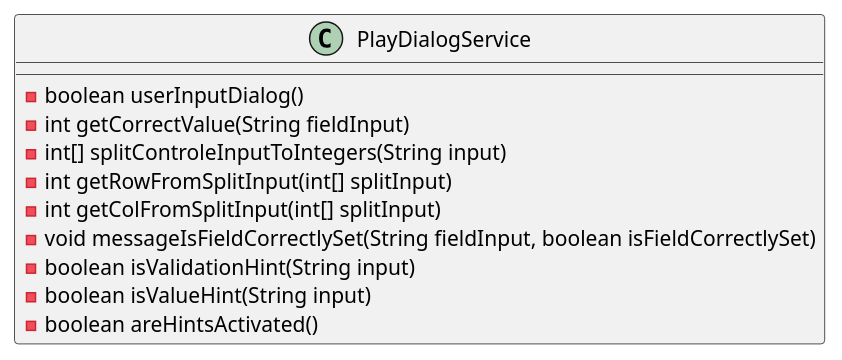
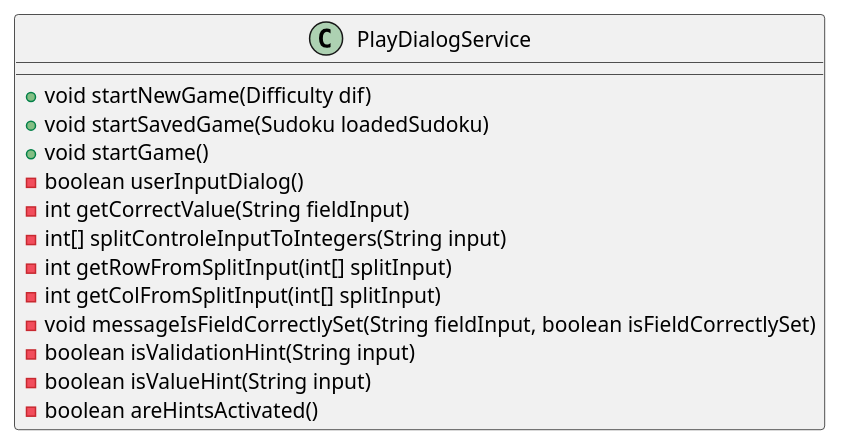
One commit to mohjohfox/cli-sudoku changed the diagram in uml/refacotring/long_method_nachher.puml. Above: the diagram before and after it, drawn with PlantUML. The commit also changed 15 other files, not shown here.

```diff
--- a/uml/refacotring/long_method_nachher.puml
+++ b/uml/refacotring/long_method_nachher.puml
@@ -1,13 +1,16 @@
 @startuml
 class PlayDialogService {
+   + void startNewGame(Difficulty dif) 
+   + void startSavedGame(Sudoku loadedSudoku)
+   + void startGame()
    - boolean userInputDialog()
    - int getCorrectValue(String fieldInput)
    - int[] splitControleInputToIntegers(String input)
    - int getRowFromSplitInput(int[] splitInput)
    - int getColFromSplitInput(int[] splitInput)
    - void messageIsFieldCorrectlySet(String fieldInput, boolean isFieldCorrectlySet)
    - boolean isValidationHint(String input)
    - boolean isValueHint(String input)
    - boolean areHintsActivated()
 }
 @enduml
```
